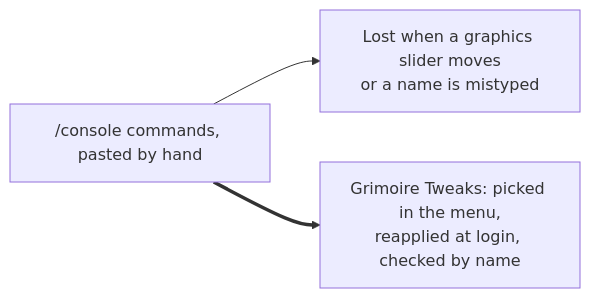
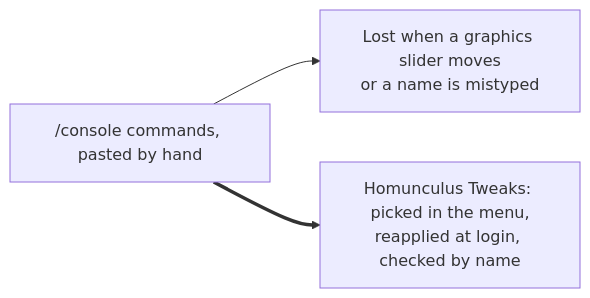
The first of 2 diagrams in docs/features/tweaks/README.md (PhillypHenning/grimoire), drawn with Mermaid before and after one commit. The commit also changed other lines of this file and 178 other files, not shown here.

First line of the commit message:
Rename the suite from Grimoire to Homunculus (ADR 0010)

````diff
--- a/docs/features/tweaks/README.md
+++ b/docs/features/tweaks/README.md
@@ -14,5 +14,5 @@
 ```mermaid
 flowchart LR
     P["/console commands, pasted by hand"] --> R[Lost when a graphics slider moves<br/>or a name is mistyped]
-    P ==> G[Grimoire Tweaks: picked in the menu,<br/>reapplied at login, checked by name]
+    P ==> G[Homunculus Tweaks: picked in the menu,<br/>reapplied at login, checked by name]
 ```
````
